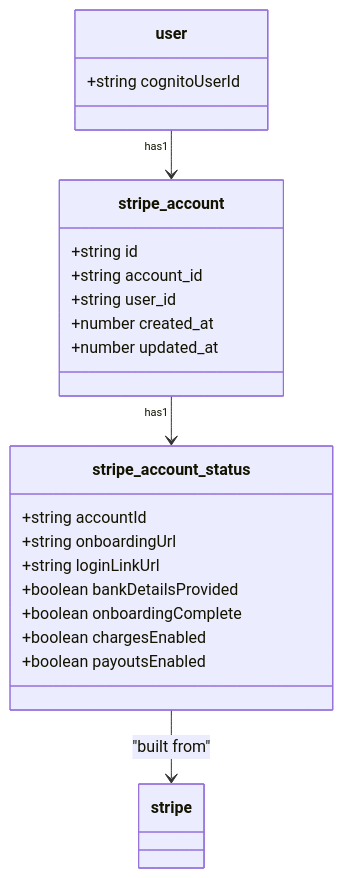
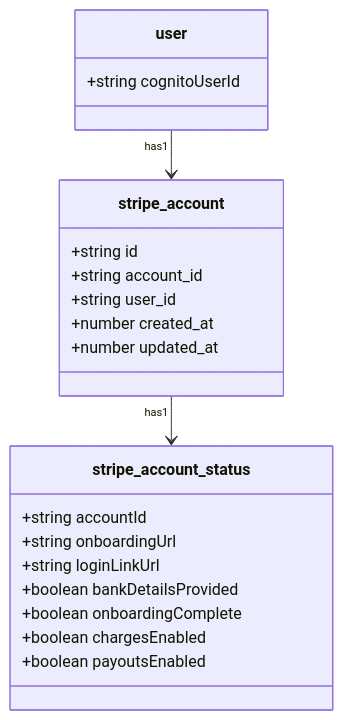
Before and after one commit to domits1/Domits: the first of 4 diagrams in docs/internal/apis/finance/hostFinance.md, drawn with Mermaid.

Commit message:
forgot to remove this too

````diff
--- a/docs/internal/apis/finance/hostFinance.md
+++ b/docs/internal/apis/finance/hostFinance.md
@@ -51,28 +51,27 @@
 ```mermaid
 classDiagram
     class user {
         +string cognitoUserId
     }
 
     class stripe_account {
         +string id
         +string account_id
         +string user_id
         +number created_at
         +number updated_at
     }
 
     class stripe_account_status {
         +string accountId
         +string onboardingUrl
         +string loginLinkUrl
         +boolean bankDetailsProvided
         +boolean onboardingComplete
         +boolean chargesEnabled
         +boolean payoutsEnabled
     }
 
     user "has1" --> stripe_account
     stripe_account "has1" --> stripe_account_status
-    stripe_account_status --> stripe : "built from"
 ```
````
